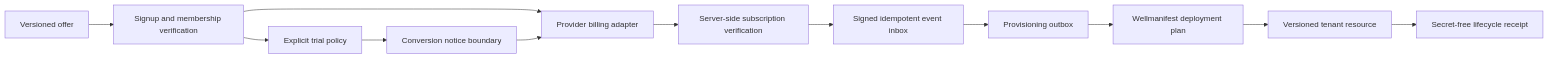
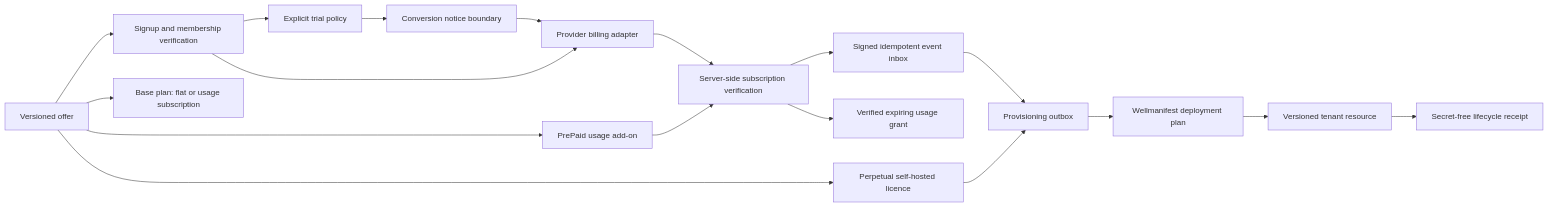
Before and after one commit to wellmanifest/saas-lifecycle: the first of 3 diagrams in docs/ARCHITECTURE.md, drawn with Mermaid. The commit also changed other lines of this file and 4 other files, not shown here.

````diff
--- a/docs/ARCHITECTURE.md
+++ b/docs/ARCHITECTURE.md
@@ -19,14 +22,20 @@
 ```mermaid
 flowchart LR
     Offer[Versioned offer] --> Signup[Signup and membership verification]
+    Offer --> Base[Base plan: flat or usage subscription]
+    Offer --> Addon[PrePaid usage add-on]
+    Offer --> Perpetual[Perpetual self-hosted licence]
     Signup --> Trial[Explicit trial policy]
     Signup --> Billing[Provider billing adapter]
     Trial --> Notice[Conversion notice boundary]
     Notice --> Billing
     Billing --> Verify[Server-side subscription verification]
     Verify --> Events[Signed idempotent event inbox]
     Events --> Outbox[Provisioning outbox]
     Outbox --> Deploy[Wellmanifest deployment plan]
     Deploy --> Tenant[Versioned tenant resource]
     Tenant --> Receipt[Secret-free lifecycle receipt]
+    Addon --> Verify
+    Verify --> Grant[Verified expiring usage grant]
+    Perpetual --> Outbox
 ```
````
